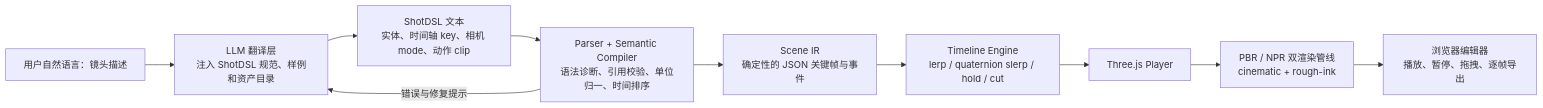
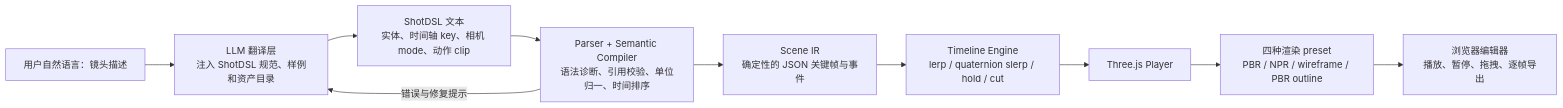
The diagram in README.md (workingmin/shot-dsl), drawn with Mermaid before and after one commit. The commit also changed other lines of this file and 21 other files, not shown here.

````diff
--- a/README.md
+++ b/README.md
@@ -94,12 +96,12 @@
 ```mermaid
 flowchart LR
     A[用户自然语言：镜头描述] --> B[LLM 翻译层<br/>注入 ShotDSL 规范、样例和资产目录]
     B --> C[ShotDSL 文本<br/>实体、时间轴 key、相机 mode、动作 clip]
     C --> D[Parser + Semantic Compiler<br/>语法诊断、引用校验、单位归一、时间排序]
     D --> E[Scene IR<br/>确定性的 JSON 关键帧与事件]
     E --> F[Timeline Engine<br/>lerp / quaternion slerp / hold / cut]
     F --> G[Three.js Player]
-    G --> H[PBR / NPR 双渲染管线<br/>cinematic + rough-ink]
+    G --> H[四种渲染 preset<br/>PBR / NPR / wireframe / PBR outline]
     H --> I[浏览器编辑器<br/>播放、暂停、拖拽、逐帧导出]
     D -->|错误与修复提示| B
 ```
````
